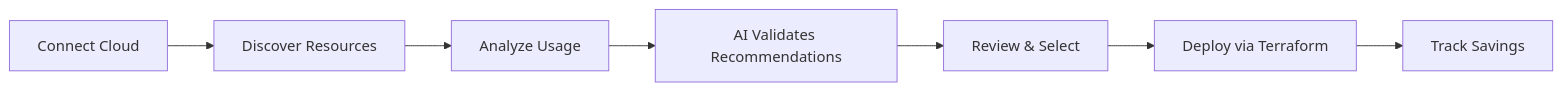
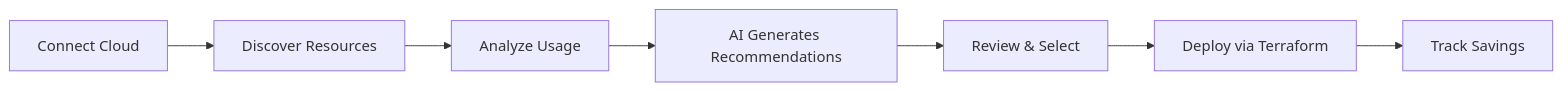
The diagram in how-it-works.md (Jetscale-ai/jetscale-docs), drawn with Mermaid before and after one commit. The commit also changed other lines of this file and 6 other files, not shown here.

First line of the commit message:
docs: Update AI workflow language from validates to generates

````diff
--- a/how-it-works.md
+++ b/how-it-works.md
@@ -13,9 +13,9 @@
 ```mermaid
 graph LR
     A[Connect Cloud] --> B[Discover Resources]
     B --> C[Analyze Usage]
-    C --> D[AI Validates Recommendations]
+    C --> D[AI Generates Recommendations]
     D --> E[Review & Select]
     E --> F[Deploy via Terraform]
     F --> G[Track Savings]
 ```
````
